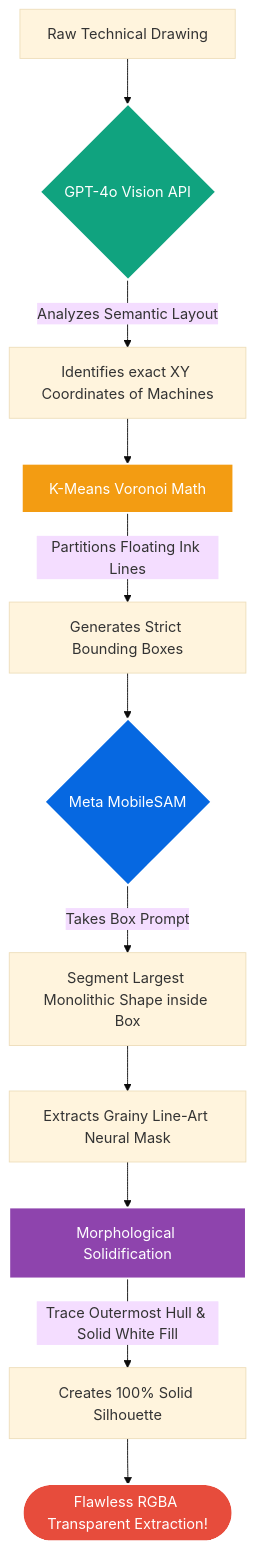
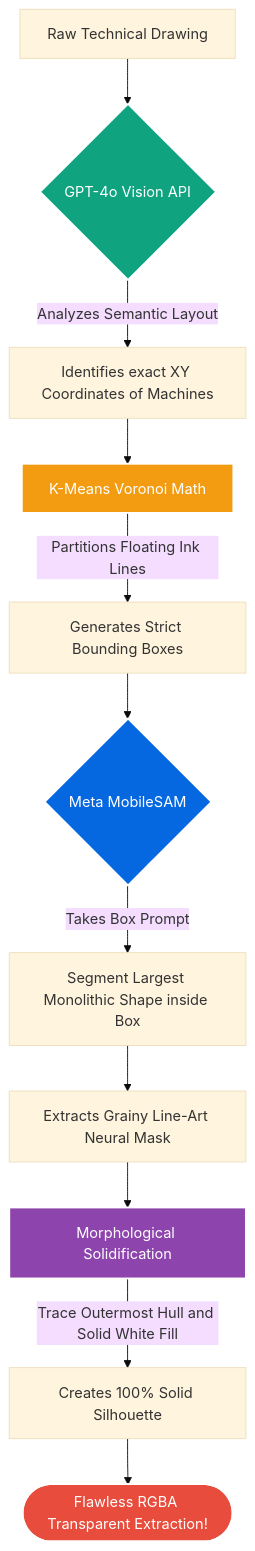
Before and after one commit to supunabeywickrama/figure_split_test: the diagram in README.md, drawn with Mermaid (base theme).

Commit message:
docs: update Mermaid flowchart syntax for improved compatibility and readability

````diff
--- a/README.md
+++ b/README.md
@@ -9,19 +9,19 @@
 ```mermaid
 flowchart TD
-    A[Raw Technical Drawing] --> B{GPT-4o Vision API}
-    B -->|Analyzes Semantic Layout| C[Identifies exact XY Coordinates of Machines]
-    C --> D[K-Means Voronoi Math]
-    D -->|Partitions Floating Ink Lines| E[Generates Strict Bounding Boxes]
-    E --> F{Meta MobileSAM}
-    F -->|Takes Box Prompt| G[Segment Largest Monolithic Shape inside Box]
-    G --> H[Extracts Grainy Line-Art Neural Mask]
-    H --> I[Morphological Solidification]
-    I -->|Trace Outermost Hull & Solid White Fill| J[Creates 100% Solid Silhouette]
-    J --> K([Flawless RGBA Transparent Extraction!])
+    A["Raw Technical Drawing"] --> B{"GPT-4o Vision API"}
+    B -->|Analyzes Semantic Layout| C["Identifies exact XY Coordinates of Machines"]
+    C --> D["K-Means Voronoi Math"]
+    D -->|Partitions Floating Ink Lines| E["Generates Strict Bounding Boxes"]
+    E --> F{"Meta MobileSAM"}
+    F -->|Takes Box Prompt| G["Segment Largest Monolithic Shape inside Box"]
+    G --> H["Extracts Grainy Line-Art Neural Mask"]
+    H --> I["Morphological Solidification"]
+    I -->|Trace Outermost Hull and Solid White Fill| J["Creates 100% Solid Silhouette"]
+    J --> K(["Flawless RGBA Transparent Extraction!"])
     
     style B fill:#10a37f,stroke:#fff,stroke-width:2px,color:#fff
     style D fill:#f39c12,stroke:#fff,stroke-width:2px,color:#fff
     style F fill:#0668E1,stroke:#fff,stroke-width:2px,color:#fff
     style I fill:#8e44ad,stroke:#fff,stroke-width:2px,color:#fff
     style K fill:#e74c3c,stroke:#fff,stroke-width:2px,color:#fff
 ```
````
